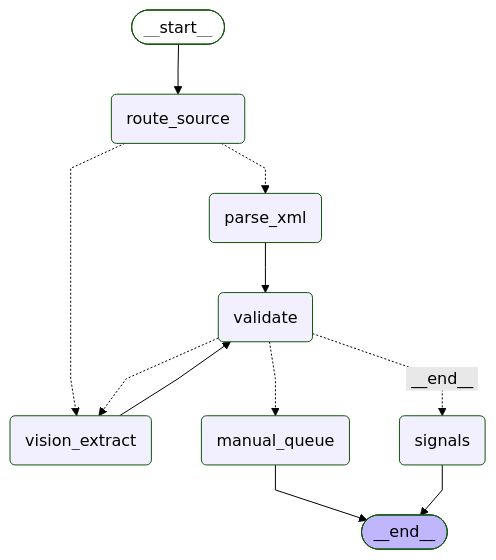
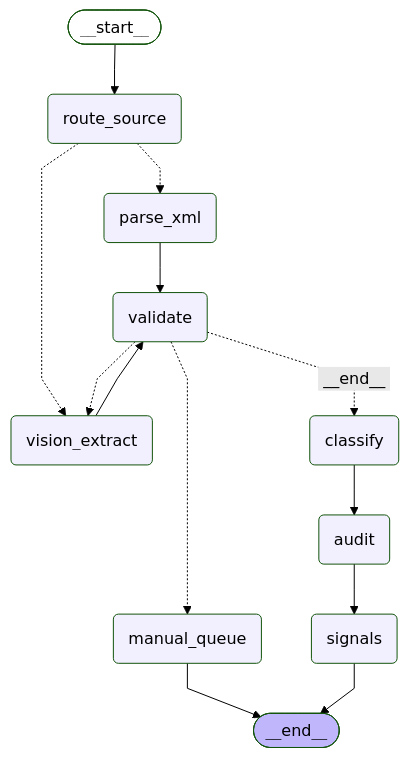
The diagram in docs/diagrams/enrichment_graph.mmd (quockhanh41/Vietnamese-Invoice-agent), drawn with Mermaid (forest theme) before and after one commit. The commit also changed 3 other files, not shown here.

First line of the commit message:
feat(graph): classify and audit nodes

```diff
--- a/docs/diagrams/enrichment_graph.mmd
+++ b/docs/diagrams/enrichment_graph.mmd
@@ -1,27 +1,31 @@
 ---
 config:
   flowchart:
     curve: linear
 ---
 graph TD;
 	__start__([<p>__start__</p>]):::first
 	route_source(route_source)
 	parse_xml(parse_xml)
 	vision_extract(vision_extract)
 	validate(validate)
+	classify(classify)
+	audit(audit)
 	signals(signals)
 	manual_queue(manual_queue)
 	__end__([<p>__end__</p>]):::last
 	__start__ --> route_source;
+	audit --> signals;
+	classify --> audit;
 	parse_xml --> validate;
 	route_source -.-> parse_xml;
 	route_source -.-> vision_extract;
+	validate -. &nbsp;__end__&nbsp; .-> classify;
 	validate -.-> manual_queue;
-	validate -. &nbsp;__end__&nbsp; .-> signals;
 	validate -.-> vision_extract;
 	vision_extract --> validate;
 	manual_queue --> __end__;
 	signals --> __end__;
 	classDef default fill:#f2f0ff,line-height:1.2
 	classDef first fill-opacity:0
 	classDef last fill:#bfb6fc
```
